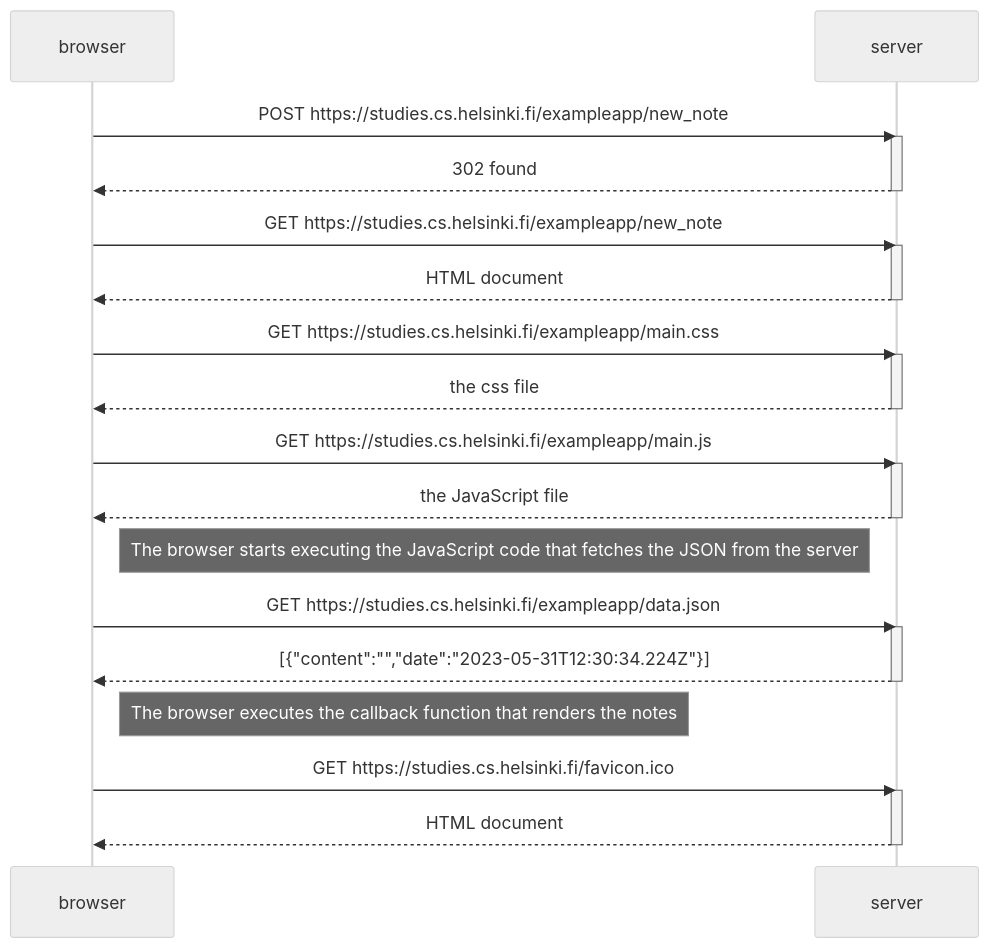
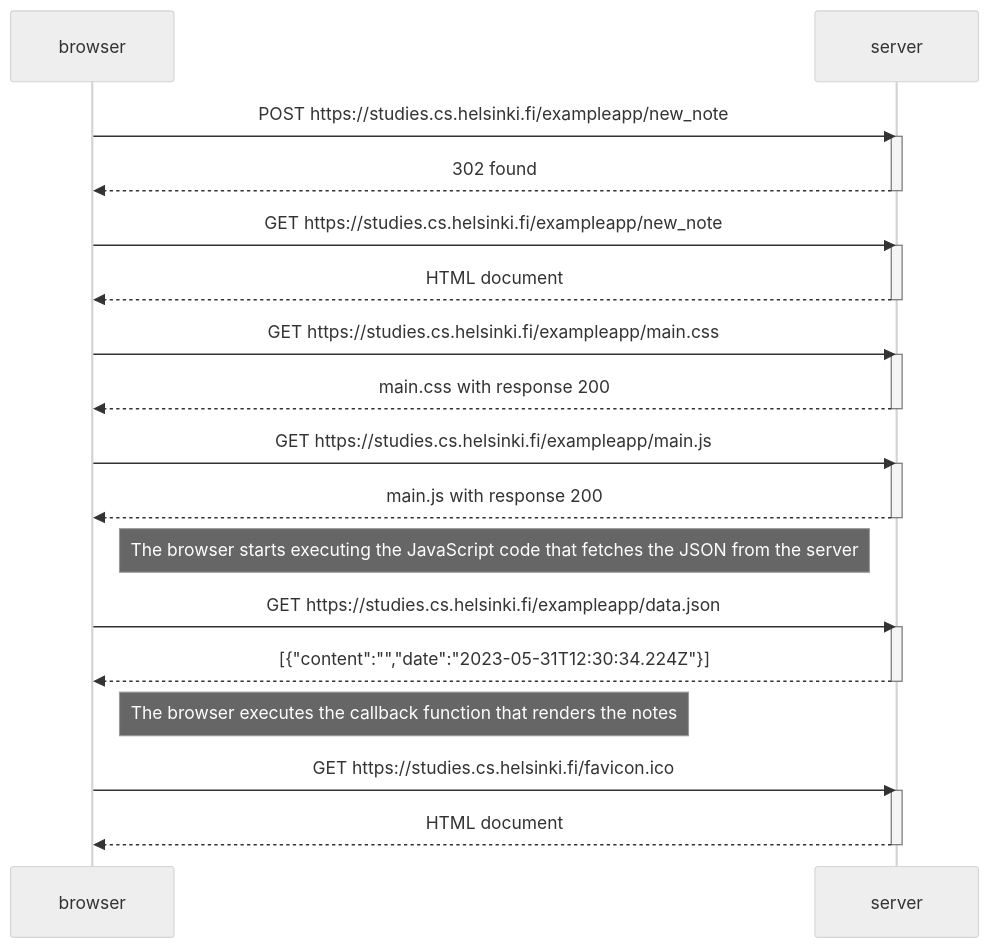
The diagram in part0/0.4.md (helenesauve/helsinki-fullstack-mooc), drawn with Mermaid (neutral theme) before and after one commit. The commit also changed 2 other files, not shown here.

Commit message:
tidying up format

````diff
--- a/part0/0.4.md
+++ b/part0/0.4.md
@@ -2,41 +2,41 @@
 ```mermaid
 sequenceDiagram
     participant browser
     participant server
 
     browser->>server: POST https://studies.cs.helsinki.fi/exampleapp/new_note
     activate server
     server-->>browser: 302 found
     deactivate server
 
     browser->>server: GET https://studies.cs.helsinki.fi/exampleapp/new_note
     activate server
     server-->>browser: HTML document
     deactivate server
 
     browser->>server: GET https://studies.cs.helsinki.fi/exampleapp/main.css
     activate server
-    server-->>browser: the css file
+    server-->>browser: main.css with response 200
     deactivate server
 
     browser->>server: GET https://studies.cs.helsinki.fi/exampleapp/main.js
     activate server
-    server-->>browser: the JavaScript file
+    server-->>browser: main.js with response 200
     deactivate server
 
     Note right of browser: The browser starts executing the JavaScript code that fetches the JSON from the server
 
     browser->>server: GET https://studies.cs.helsinki.fi/exampleapp/data.json
     activate server
     server-->>browser: [{"content":"","date":"2023-05-31T12:30:34.224Z"}]
     deactivate server
 
     Note right of browser: The browser executes the callback function that renders the notes
 
     browser->>server: GET https://studies.cs.helsinki.fi/favicon.ico
     activate server
     server-->>browser: HTML document
     deactivate server
 
     
 ```
````
